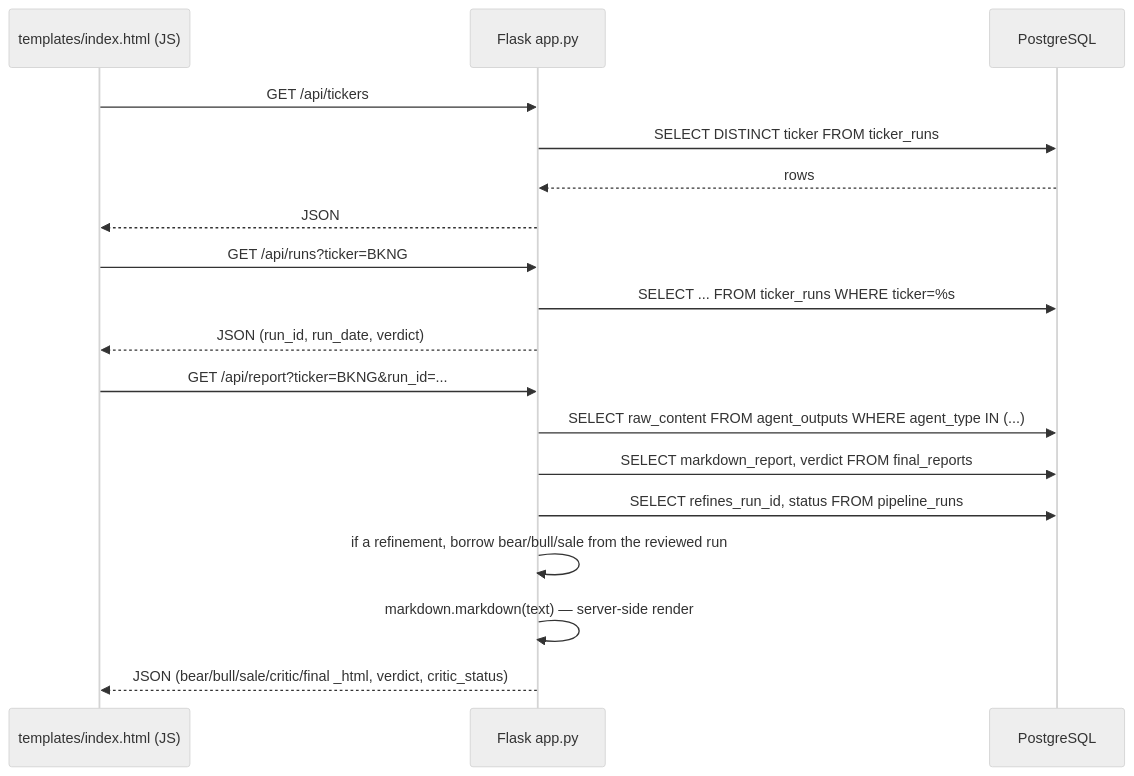
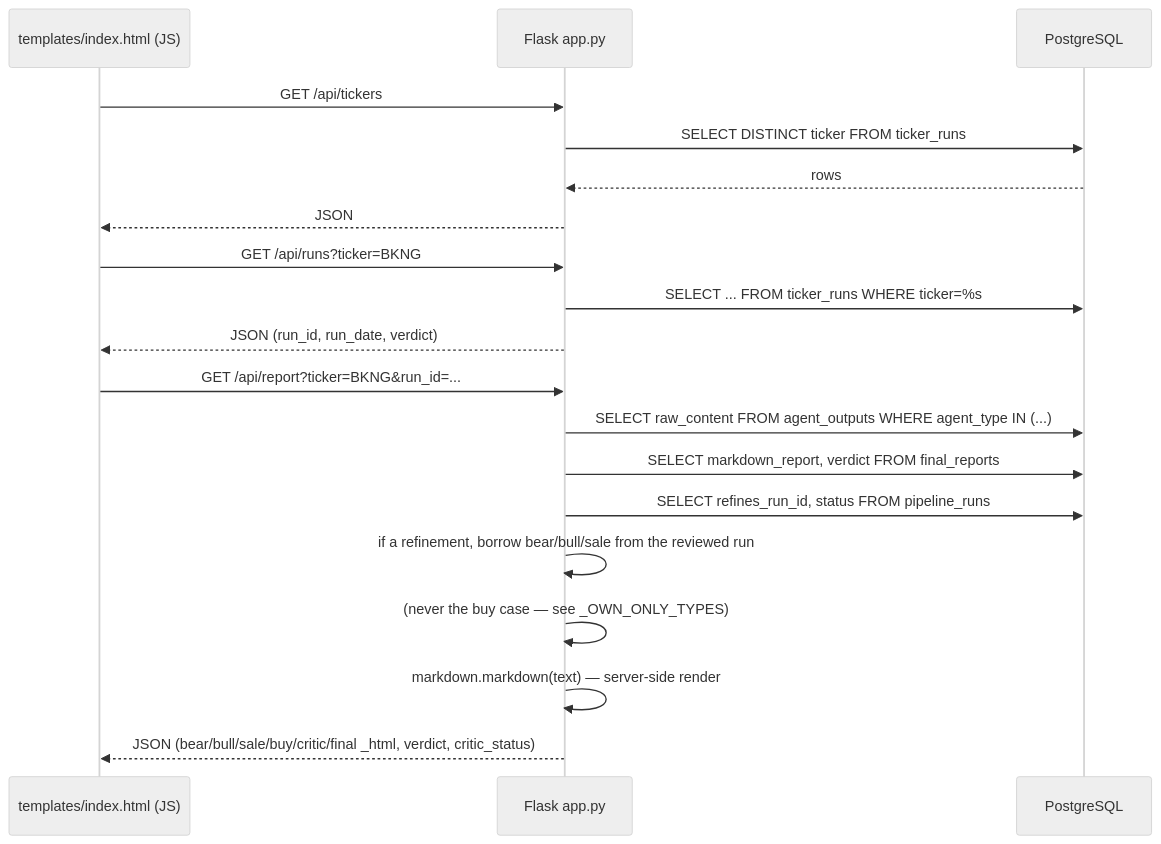
One commit to sun4github/magic-stock-picker changed the diagram in docs/06-webapp.md. Above: the diagram before and after it, drawn with Mermaid (neutral theme). The commit also changed other lines of this file and 29 other files, not shown here.

Commit message:
buy-case added. live price added. updated critic-review to not flag live data discrepancy

````diff
--- a/docs/06-webapp.md
+++ b/docs/06-webapp.md
@@ -75,23 +105,24 @@
 ```mermaid
 sequenceDiagram
     participant UI as templates/index.html (JS)
     participant App as Flask app.py
     participant DB as PostgreSQL
 
     UI->>App: GET /api/tickers
     App->>DB: SELECT DISTINCT ticker FROM ticker_runs
     DB-->>App: rows
     App-->>UI: JSON
 
     UI->>App: GET /api/runs?ticker=BKNG
     App->>DB: SELECT ... FROM ticker_runs WHERE ticker=%s
     App-->>UI: JSON (run_id, run_date, verdict)
 
     UI->>App: GET /api/report?ticker=BKNG&run_id=...
     App->>DB: SELECT raw_content FROM agent_outputs WHERE agent_type IN (...)
     App->>DB: SELECT markdown_report, verdict FROM final_reports
     App->>DB: SELECT refines_run_id, status FROM pipeline_runs
     App->>App: if a refinement, borrow bear/bull/sale from the reviewed run
+    App->>App: (never the buy case — see _OWN_ONLY_TYPES)
     App->>App: markdown.markdown(text) — server-side render
-    App-->>UI: JSON (bear/bull/sale/critic/final _html, verdict, critic_status)
+    App-->>UI: JSON (bear/bull/sale/buy/critic/final _html, verdict, critic_status)
 ```
````
